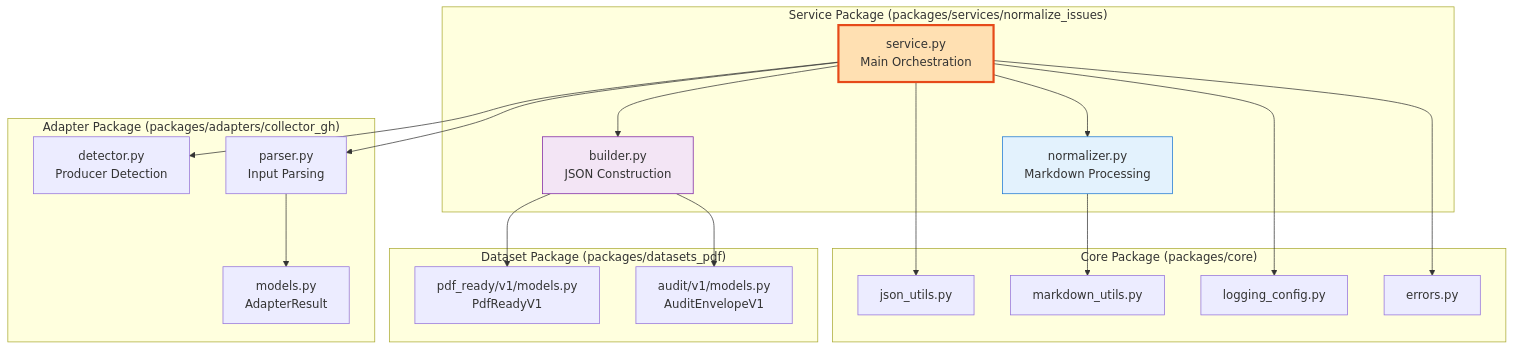
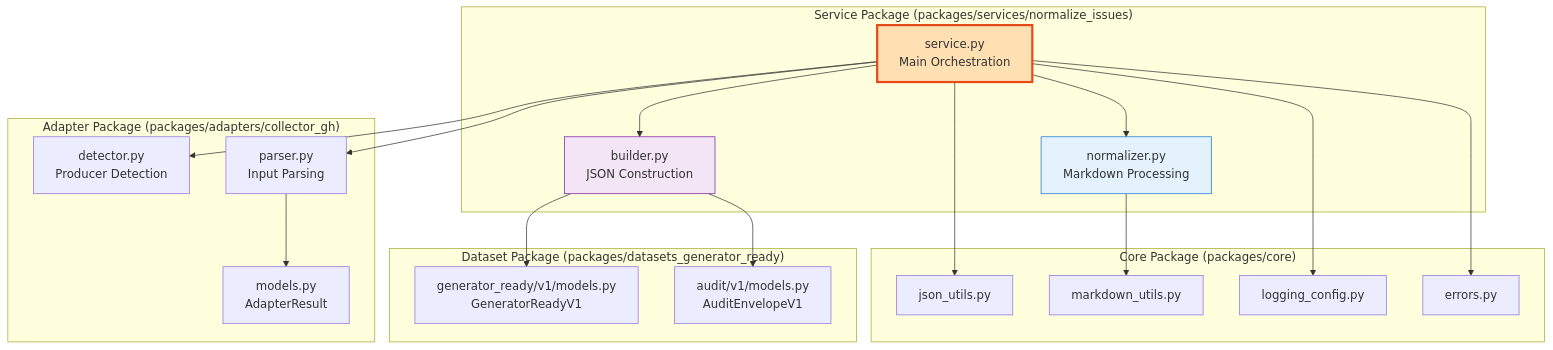
One commit to AbsaOSS/living-doc-toolkit changed the fifth of 11 diagrams in docs/architecture.md. Above: the diagram before and after it, drawn with Mermaid. The commit also changed other lines of this file and 63 other files, not shown here.

First line of the commit message:
#60: Rename canonical artifact/schema/package to generator-ready (#66)

````diff
--- a/docs/architecture.md
+++ b/docs/architecture.md
@@ -224,45 +224,45 @@
 ```mermaid
 graph TB
     subgraph "Service Package (packages/services/normalize_issues)"
         ServiceEntry[service.py<br/>Main Orchestration]
         Normalizer[normalizer.py<br/>Markdown Processing]
         Builder[builder.py<br/>JSON Construction]
     end
     
     subgraph "Core Package (packages/core)"
         JsonUtils[json_utils.py]
         MarkdownUtils[markdown_utils.py]
         LoggingConfig[logging_config.py]
         Errors[errors.py]
     end
     
     subgraph "Adapter Package (packages/adapters/collector_gh)"
         Detector[detector.py<br/>Producer Detection]
         Parser[parser.py<br/>Input Parsing]
         AdapterModels[models.py<br/>AdapterResult]
     end
     
-    subgraph "Dataset Package (packages/datasets_pdf)"
-        PdfReadyModels[pdf_ready/v1/models.py<br/>PdfReadyV1]
+    subgraph "Dataset Package (packages/datasets_generator_ready)"
+        GeneratorReadyModels[generator_ready/v1/models.py<br/>GeneratorReadyV1]
         AuditModels[audit/v1/models.py<br/>AuditEnvelopeV1]
     end
     
     ServiceEntry --> Normalizer
     ServiceEntry --> Builder
     ServiceEntry --> Detector
     ServiceEntry --> Parser
     
     Normalizer --> MarkdownUtils
-    Builder --> PdfReadyModels
+    Builder --> GeneratorReadyModels
     Builder --> AuditModels
     
     ServiceEntry --> JsonUtils
     ServiceEntry --> LoggingConfig
     ServiceEntry --> Errors
     
     Parser --> AdapterModels
     
     style ServiceEntry fill:#ffe0b2,stroke:#e64a19,stroke-width:3px
     style Normalizer fill:#e3f2fd,stroke:#1976d2
     style Builder fill:#f3e5f5,stroke:#7b1fa2
 ```
````
